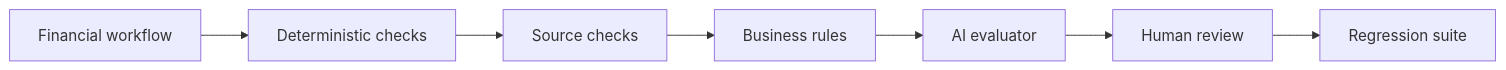
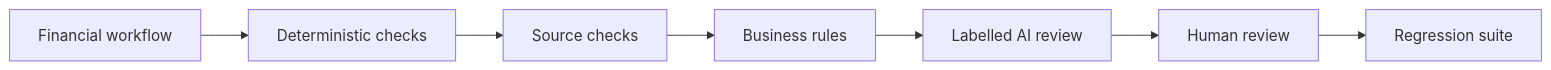
One commit to holco-apps/holco-finance-controls changed the diagram in README.md. Above: the diagram before and after it, drawn with Mermaid. The commit also changed other lines of this file and 12 other files, not shown here.

````diff
--- a/README.md
+++ b/README.md
@@ -14,9 +14,9 @@
 ```mermaid
 flowchart LR
   A[Financial workflow] --> B[Deterministic checks]
   B --> C[Source checks]
   C --> D[Business rules]
-  D --> E[AI evaluator]
+  D --> E[Labelled AI review]
   E --> F[Human review]
   F --> G[Regression suite]
 ```
````
